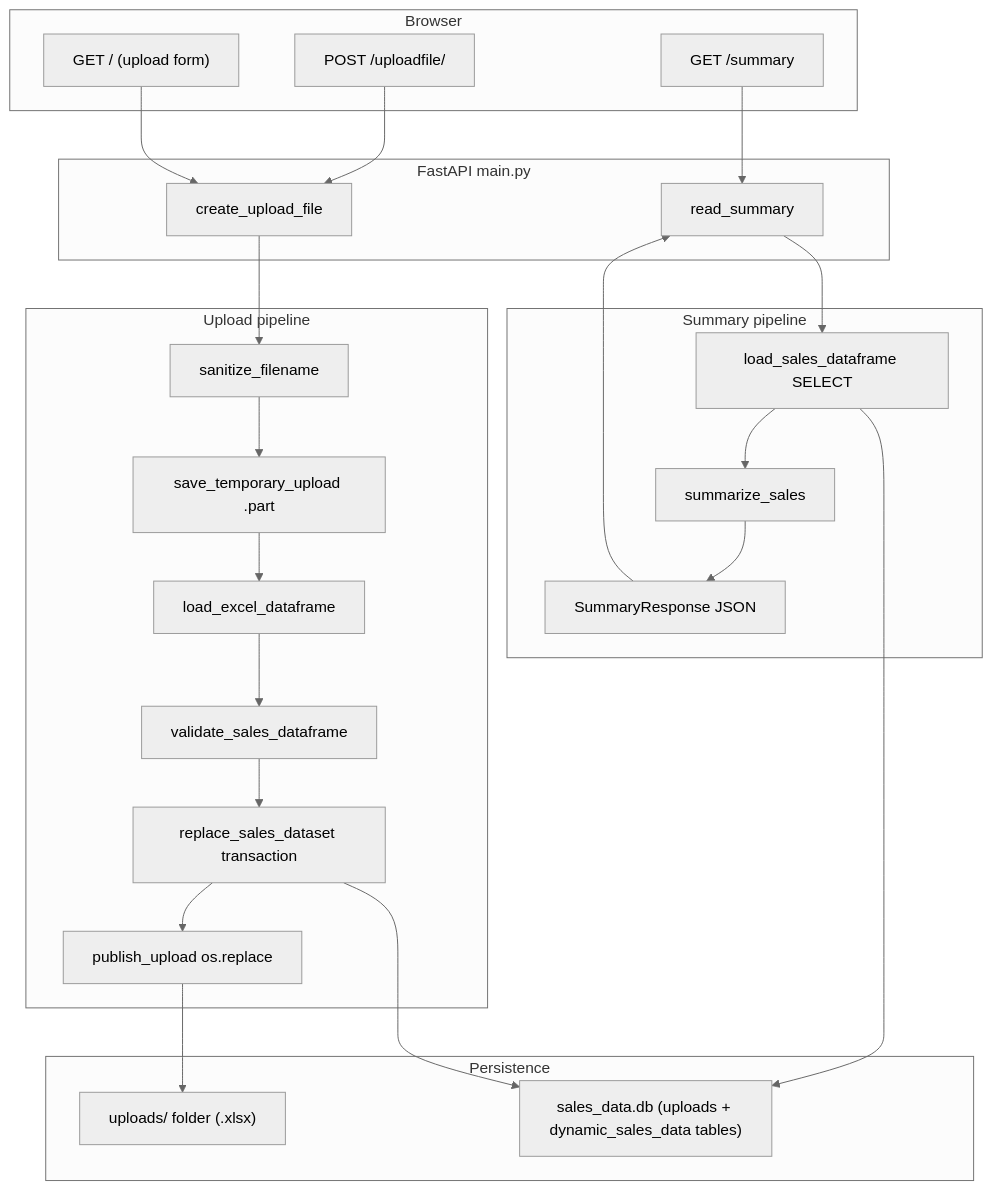
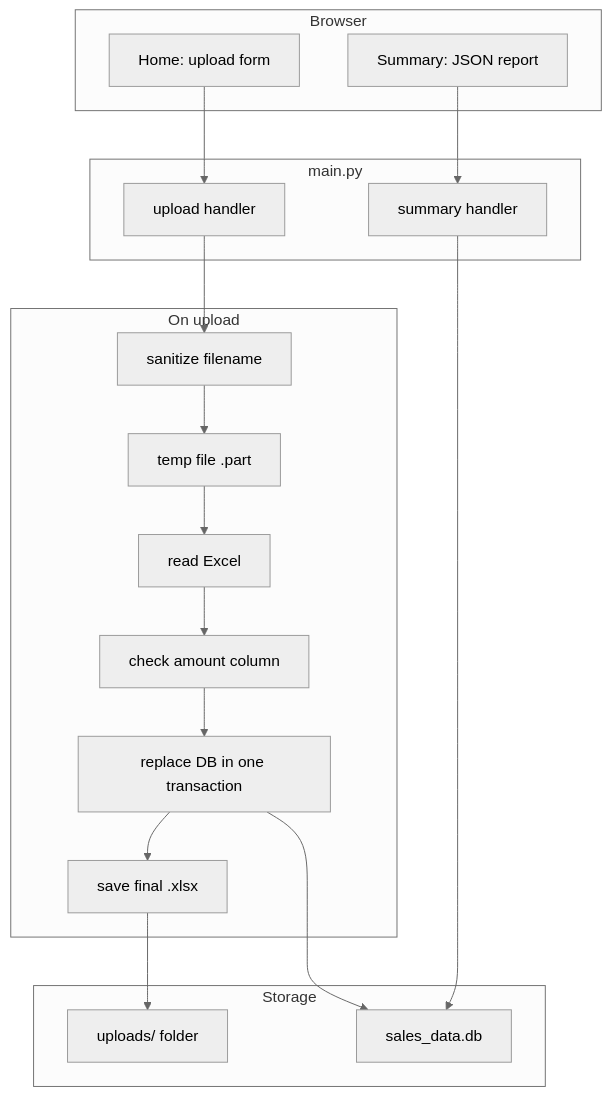
The diagram in README.md (MiroslavKocian/financial-report-generator), drawn with Mermaid (neutral theme) before and after one commit. The commit also changed other lines of this file, not shown here.

First line of the commit message:
Simplify README to browser-first setup and pages.

````diff
--- a/README.md
+++ b/README.md
@@ -43,42 +36,31 @@
 ```mermaid
 flowchart TD
-    subgraph client [Browser]
-        form["GET / (upload form)"]
-        post["POST /uploadfile/"]
-        summary["GET /summary"]
+    subgraph browser [Browser]
+        home[Home: upload form]
+        summaryPage[Summary: JSON report]
     end
 
-    subgraph api [FastAPI main.py]
-        uploadRoute[create_upload_file]
-        summaryRoute[read_summary]
+    subgraph api [main.py]
+        uploadRoute[upload handler]
+        summaryRoute[summary handler]
     end
 
-    subgraph uploadPipeline [Upload pipeline]
-        sanitize[sanitize_filename]
-        temp[save_temporary_upload .part]
-        excel[load_excel_dataframe]
-        validate[validate_sales_dataframe]
-        replace[replace_sales_dataset transaction]
-        publish[publish_upload os.replace]
+    subgraph pipeline [On upload]
+        sanitize[sanitize filename]
+        temp[temp file .part]
+        excel[read Excel]
+        validate[check amount column]
+        replace[replace DB in one transaction]
+        publish[save final .xlsx]
     end
 
-    subgraph storage [Persistence]
-        disk["uploads/ folder (.xlsx)"]
-        sqlite["sales_data.db (uploads + dynamic_sales_data tables)"]
+    subgraph storage [Storage]
+        disk[uploads/ folder]
+        sqlite[sales_data.db]
     end
 
-    subgraph reportPipeline [Summary pipeline]
-        load[load_sales_dataframe SELECT]
-        pandas[summarize_sales]
-        json[SummaryResponse JSON]
-    end
-
-    form --> uploadRoute
-    post --> uploadRoute
-    uploadRoute --> sanitize --> temp --> excel --> validate --> replace
+    home --> uploadRoute --> sanitize --> temp --> excel --> validate --> replace
     replace --> sqlite
     replace --> publish --> disk
-
-    summary --> summaryRoute --> load --> sqlite
-    load --> pandas --> json --> summaryRoute
+    summaryPage --> summaryRoute --> sqlite
 ```
````
